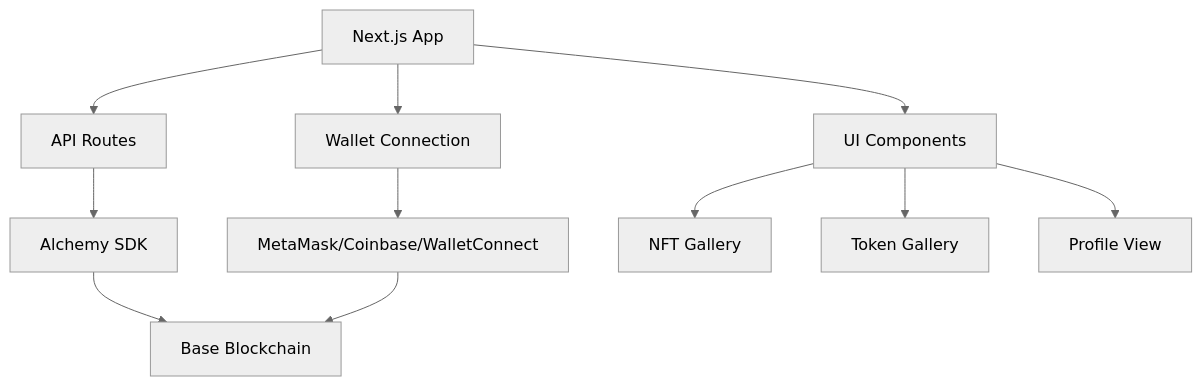
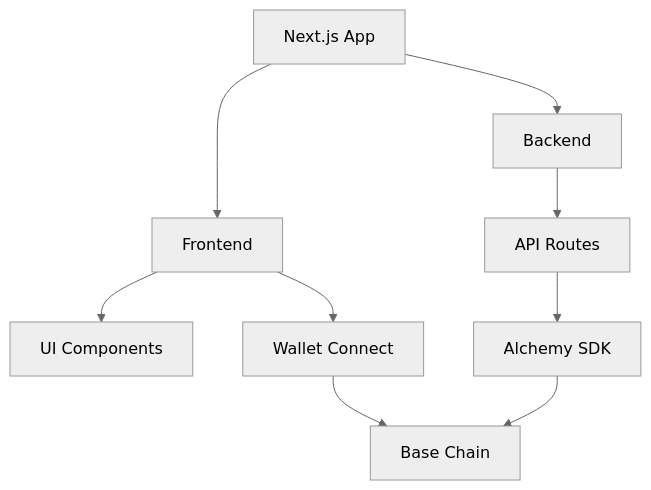
The diagram in README.md (MBrassey/base.brassey.io), drawn with Mermaid (neutral theme) before and after one commit.

Commit message:
: updates.

````diff
--- a/README.md
+++ b/README.md
@@ -7,15 +7,15 @@
 ```mermaid
-graph TB
-    A[Next.js App] --> B[API Routes]
-    B --> C[Alchemy SDK]
-    C --> D[Base Blockchain]
+flowchart TD
+    A[Next.js App]
+    A --> B[Frontend]
+    A --> C[Backend]
     
-    A --> E[Wallet Connection]
-    E --> F[MetaMask/Coinbase/WalletConnect]
-    F --> D
+    B --> D[UI Components]
+    B --> E[Wallet Connect]
     
-    A --> G[UI Components]
-    G --> H[NFT Gallery]
-    G --> I[Token Gallery]
-    G --> J[Profile View]
+    C --> F[API Routes]
+    F --> G[Alchemy SDK]
+    
+    G --> H[Base Chain]
+    E --> H
 ```
````
